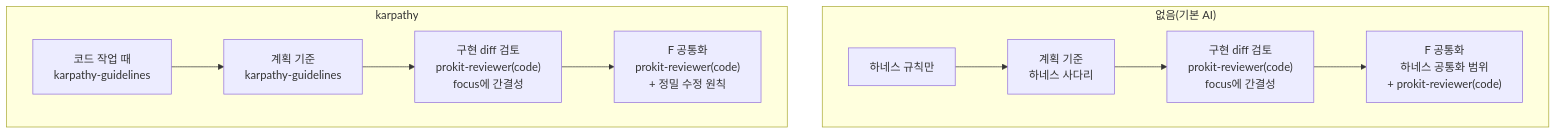
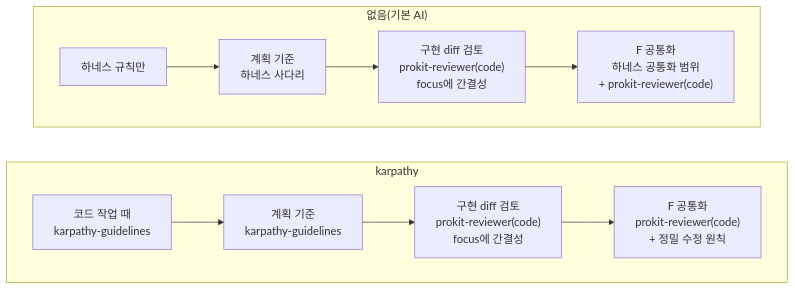
Before and after one commit to roadkwon-ai/pro-kit: diagram 11 of 12 in handbook/skills/brain-flow.md, drawn with Mermaid. The commit also changed other lines of this file and 26 other files, not shown here.

````diff
--- a/handbook/skills/brain-flow.md
+++ b/handbook/skills/brain-flow.md
@@ -301,18 +314,19 @@
 ```mermaid
 ---
 config:
   flowchart:
-    wrappingWidth: 185
+    wrappingWidth: 200
 ---
 flowchart TB
   subgraph NO["없음(기본 AI)"]
     NO1["하네스 규칙만"] --> NO2["계획 기준<br/>하네스 사다리"]
     NO2 --> NO3["구현 diff 검토<br/>prokit-reviewer(code)<br/>focus에 간결성"]
     NO3 --> NO4["F 공통화<br/>하네스 공통화 범위<br/>+ prokit-reviewer(code)"]
   end
   subgraph KP["karpathy"]
     KP1["코드 작업 때<br/>karpathy-guidelines"] --> KP2["계획 기준<br/>karpathy-guidelines"]
     KP2 --> KP3["구현 diff 검토<br/>prokit-reviewer(code)<br/>focus에 간결성"]
     KP3 --> KP4["F 공통화<br/>prokit-reviewer(code)<br/>+ 정밀 수정 원칙"]
   end
+  NO ~~~ KP
 ```
````
